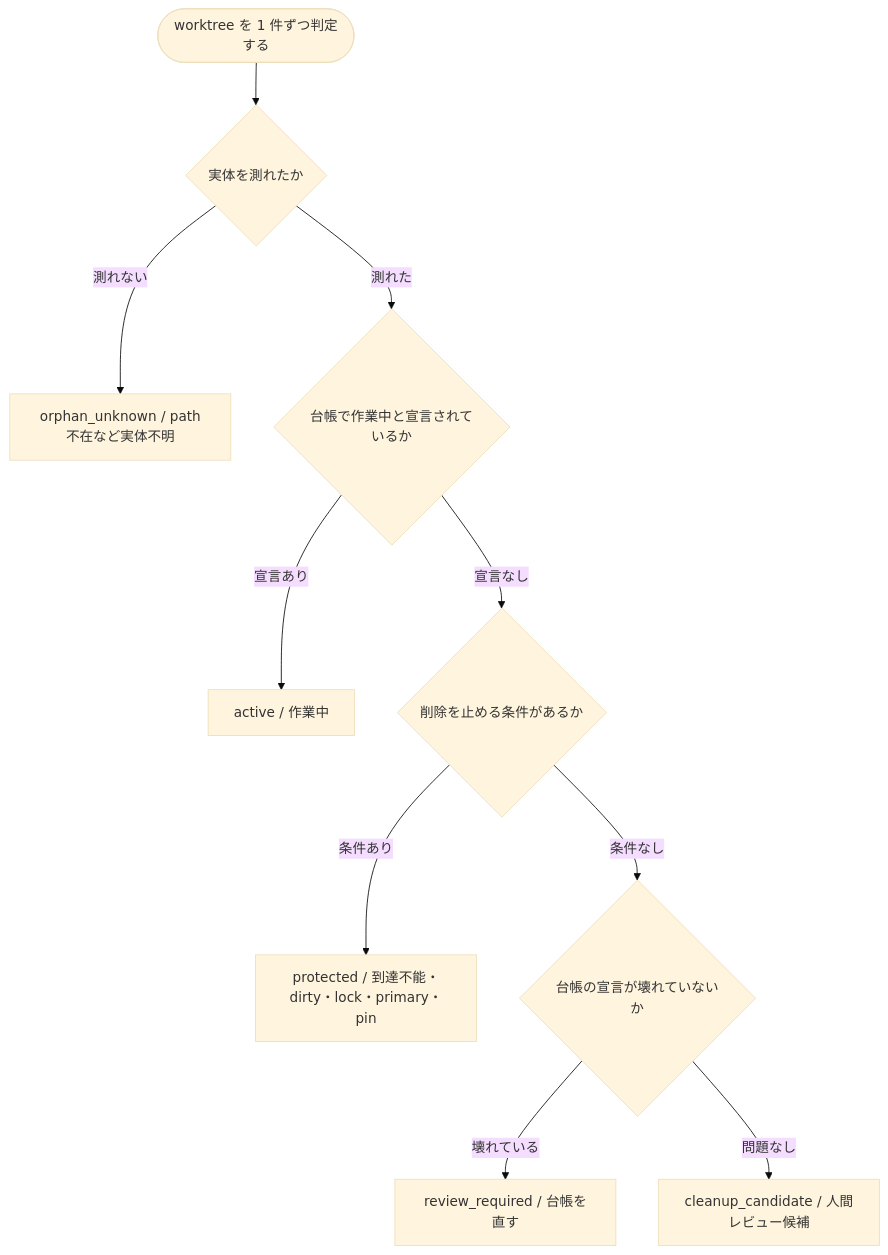
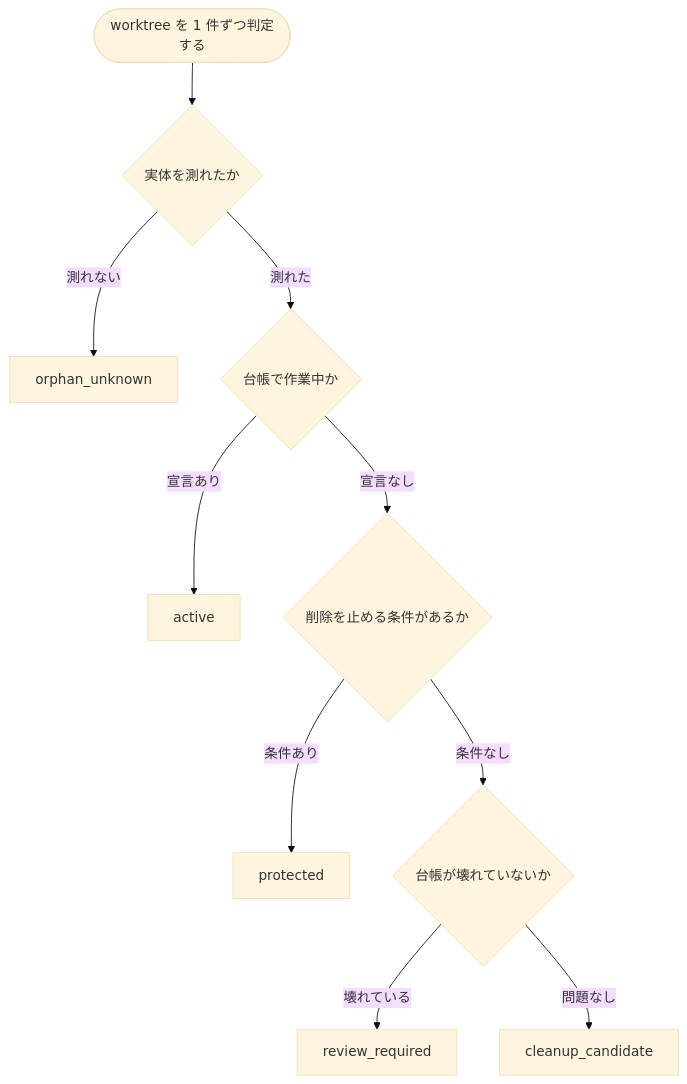
Before and after one commit to nexus-ai-2045/worktree-lifecycle-control: the second of 2 diagrams in README.md, drawn with Mermaid (base theme). The commit also changed other lines of this file and 3 other files, not shown here.

````diff
--- a/README.md
+++ b/README.md
@@ -104,12 +103,12 @@
 ```mermaid
 flowchart TD
     START(["worktree を 1 件ずつ判定する"]) --> MEASURE{"実体を測れたか"}
-    MEASURE -->|測れない| ORPHAN["orphan_unknown / path不在など実体不明"]
-    MEASURE -->|測れた| DECLARED{"台帳で作業中と宣言されているか"}
-    DECLARED -->|宣言あり| ACTIVE["active / 作業中"]
+    MEASURE -->|測れない| ORPHAN["orphan_unknown"]
+    MEASURE -->|測れた| DECLARED{"台帳で作業中か"}
+    DECLARED -->|宣言あり| ACTIVE["active"]
     DECLARED -->|宣言なし| BLOCKED{"削除を止める条件があるか"}
-    BLOCKED -->|条件あり| PROTECTED["protected / 到達不能・dirty・lock・primary・pin"]
-    BLOCKED -->|条件なし| BROKEN{"台帳の宣言が壊れていないか"}
-    BROKEN -->|壊れている| REVIEW["review_required / 台帳を直す"]
-    BROKEN -->|問題なし| CANDIDATE["cleanup_candidate / 人間レビュー候補"]
+    BLOCKED -->|条件あり| PROTECTED["protected"]
+    BLOCKED -->|条件なし| BROKEN{"台帳が壊れていないか"}
+    BROKEN -->|壊れている| REVIEW["review_required"]
+    BROKEN -->|問題なし| CANDIDATE["cleanup_candidate"]
 ```
````
